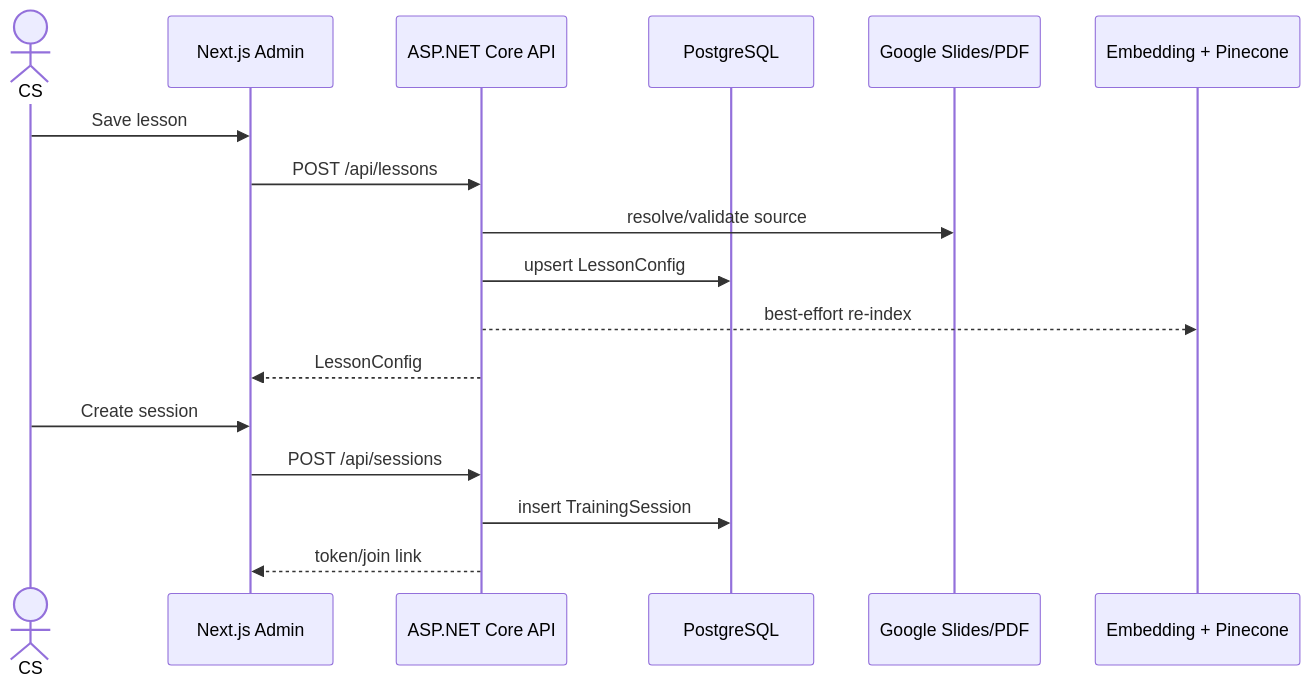
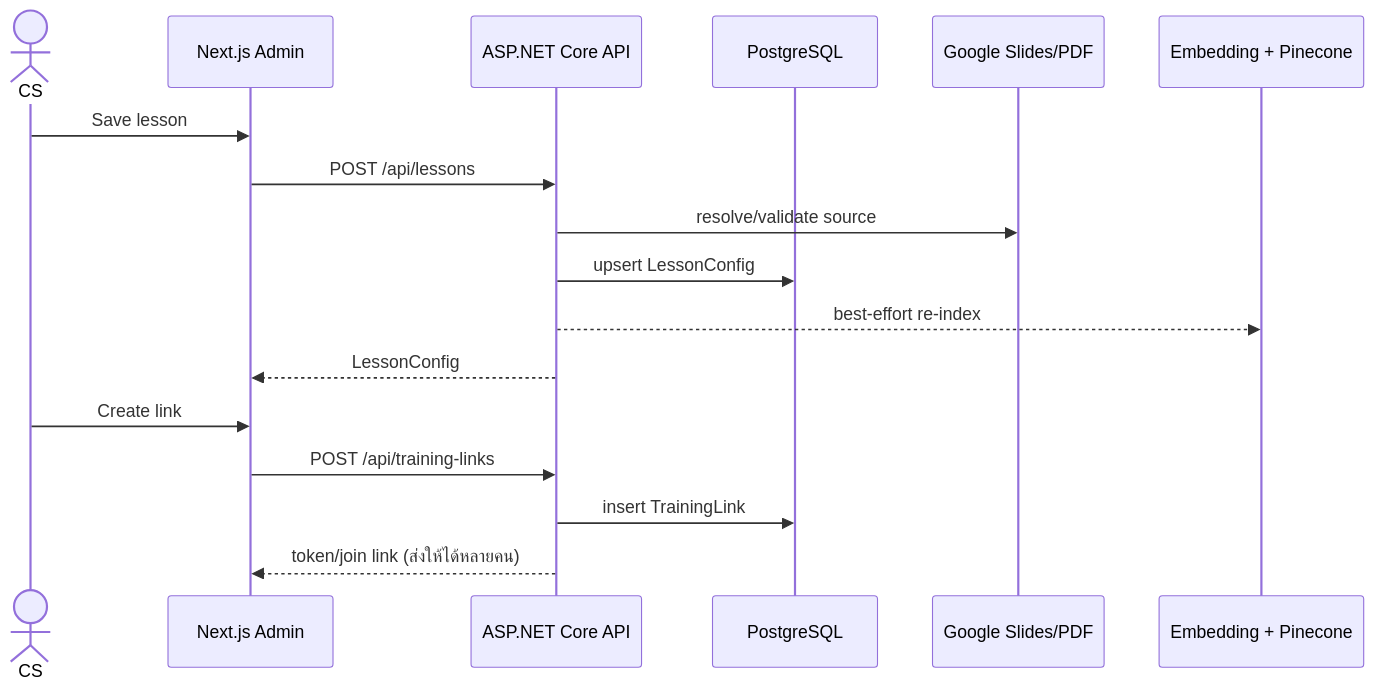
One commit to Sathaporn24/sb_supportroom changed the first of 5 diagrams in frontend/docs/SEQUENCE_DIAGRAMS.md. Above: the diagram before and after it, drawn with Mermaid. The commit also changed other lines of this file and 93 other files, not shown here.

````diff
--- a/frontend/docs/SEQUENCE_DIAGRAMS.md
+++ b/frontend/docs/SEQUENCE_DIAGRAMS.md
@@ -5,20 +5,20 @@
 ```mermaid
 sequenceDiagram
     actor CS
     participant FE as Next.js Admin
     participant API as ASP.NET Core API
     participant DB as PostgreSQL
     participant Content as Google Slides/PDF
     participant Index as Embedding + Pinecone
 
     CS->>FE: Save lesson
     FE->>API: POST /api/lessons
     API->>Content: resolve/validate source
     API->>DB: upsert LessonConfig
     API-->>Index: best-effort re-index
     API-->>FE: LessonConfig
-    CS->>FE: Create session
-    FE->>API: POST /api/sessions
-    API->>DB: insert TrainingSession
-    API-->>FE: token/join link
+    CS->>FE: Create link
+    FE->>API: POST /api/training-links
+    API->>DB: insert TrainingLink
+    API-->>FE: token/join link (ส่งให้ได้หลายคน)
 ```
````
